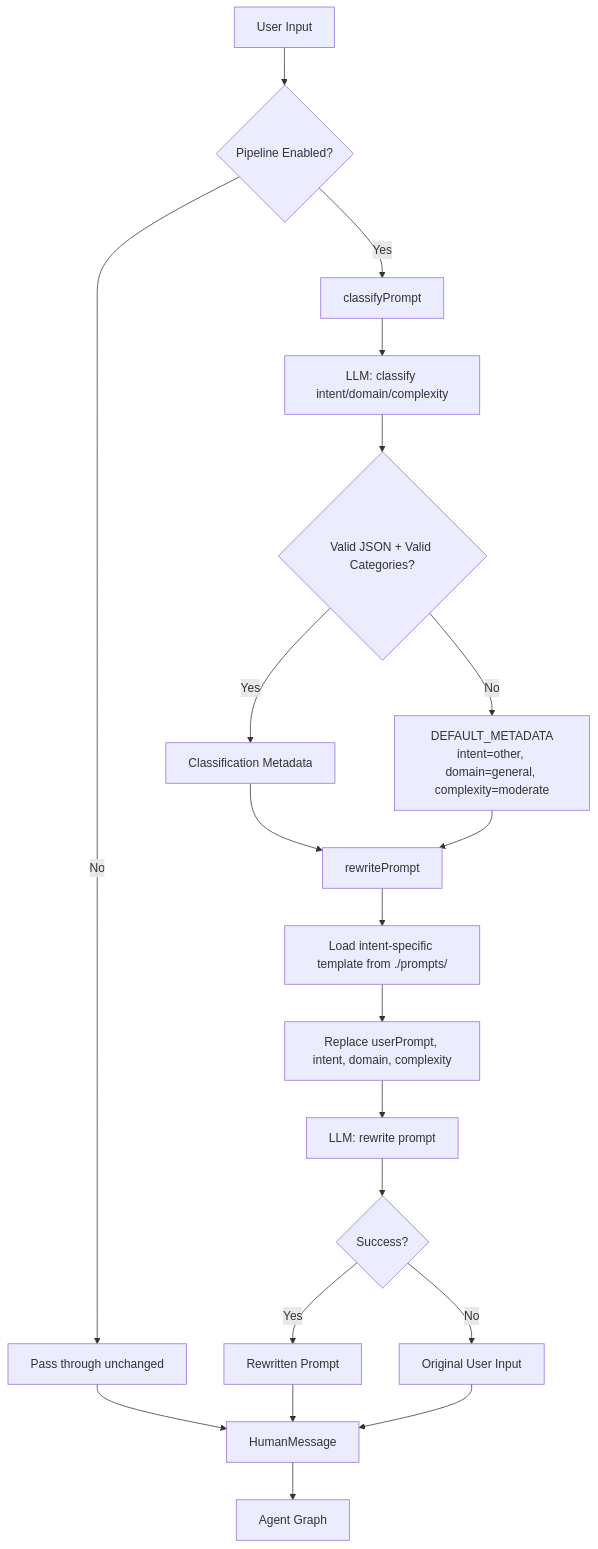
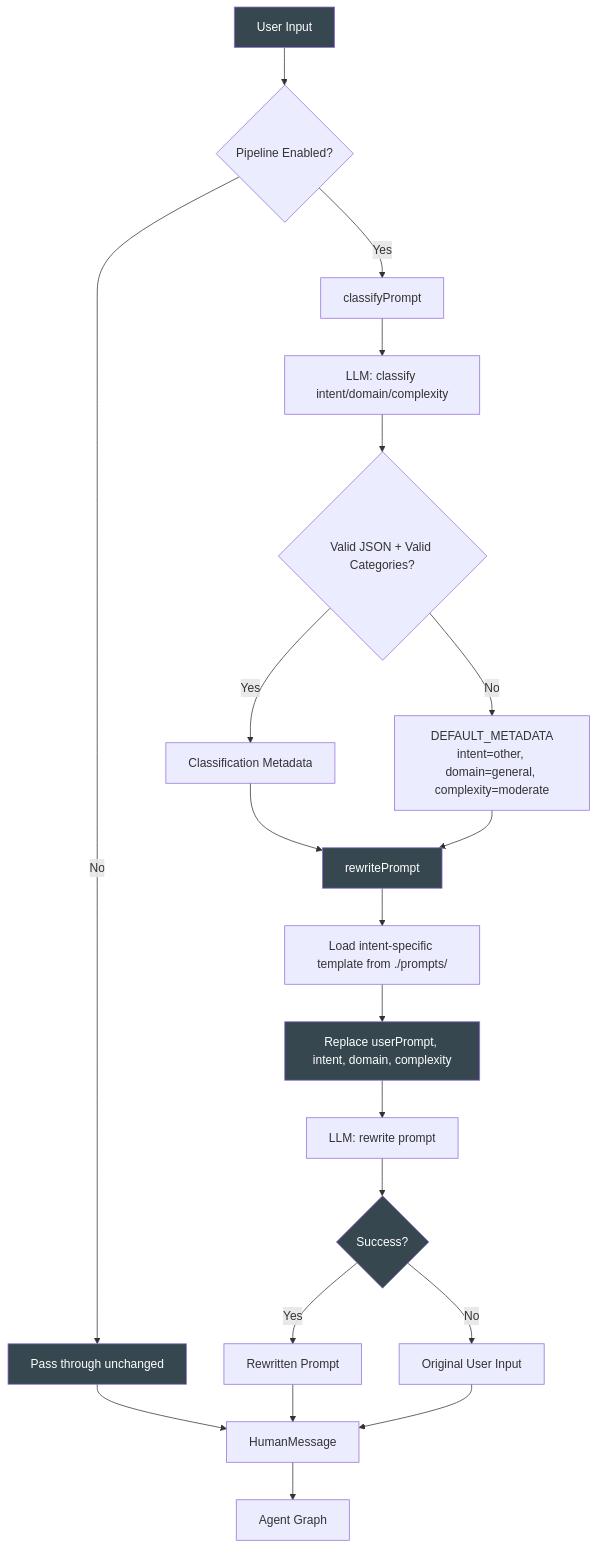
The second of 8 diagrams in docs/OVERVIEW.md (avoidwork/madz), drawn with Mermaid before and after one commit. The commit also changed other lines of this file, not shown here.

First line of the commit message:
docs: restructure OVERVIEW.md for better flow and cohesion

````diff
--- a/docs/OVERVIEW.md
+++ b/docs/OVERVIEW.md
@@ -136,22 +104,28 @@
 ```mermaid
 flowchart TD
     A[User Input] --> B{Pipeline Enabled?}
     B -->|No| C[Pass through unchanged]
     B -->|Yes| D[classifyPrompt]
     D --> E[LLM: classify intent/domain/complexity]
     E --> F{Valid JSON + Valid Categories?}
     F -->|Yes| G[Classification Metadata]
     F -->|No| H[DEFAULT_METADATA\nintent=other, domain=general, complexity=moderate]
     G --> I[rewritePrompt]
     H --> I
     I --> J[Load intent-specific template from ./prompts/]
     J --> K[Replace userPrompt, intent, domain, complexity]
     K --> L[LLM: rewrite prompt]
     L --> M{Success?}
     M -->|Yes| N[Rewritten Prompt]
     M -->|No| O[Original User Input]
     C --> P[HumanMessage]
     N --> P
     O --> P
     P --> Q[Agent Graph]
+
+    style A fill:#37474f,color:#fff
+    style C fill:#37474f,color:#fff
+    style I fill:#37474f,color:#fff
+    style K fill:#37474f,color:#fff
+    style M fill:#37474f,color:#fff
 ```
````
